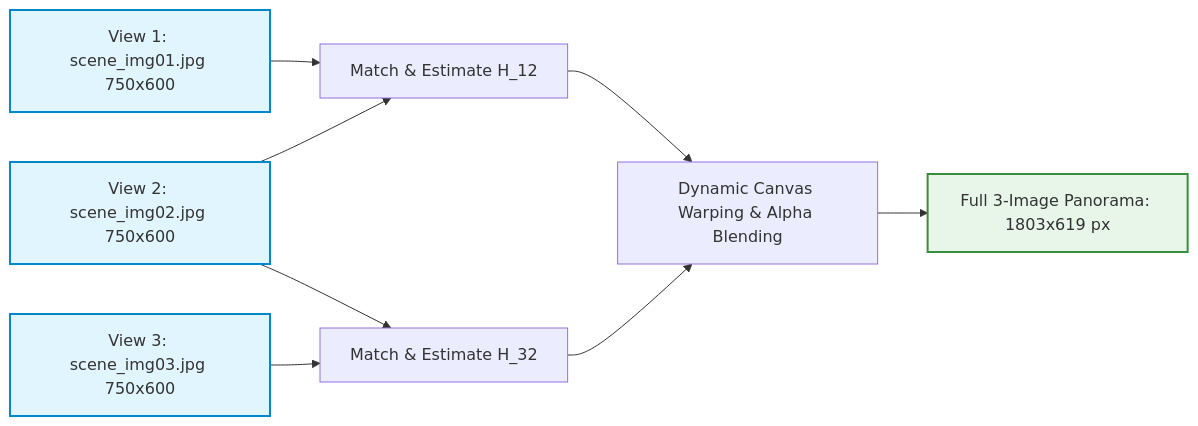
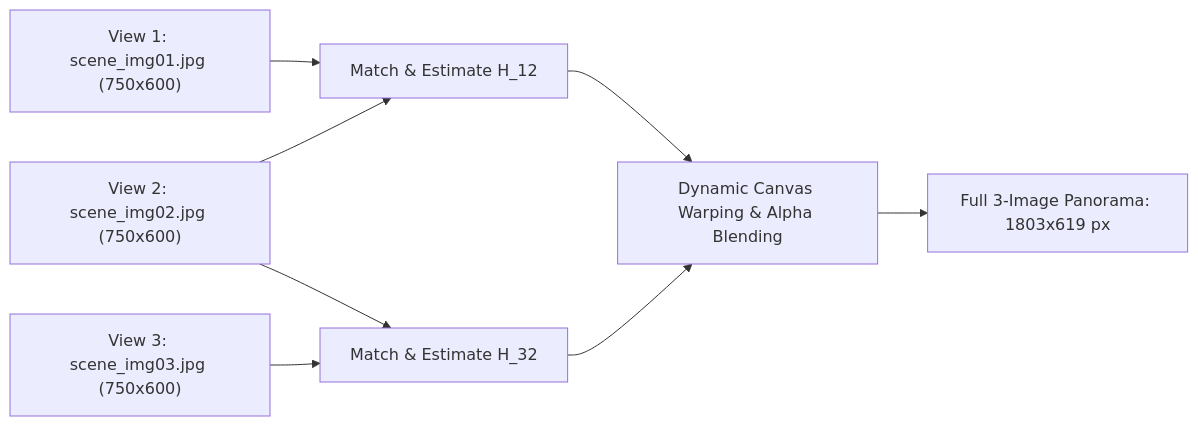
Before and after one commit to mhiskall282/Feature-Based-Image-Matching-and-Automatic-Panorama-Construction-Problem: the fifth of 6 diagrams in report/report.md, drawn with Mermaid. The commit also changed other lines of this file and 12 other files, not shown here.

Commit message:
feat: high-contrast diagrams, polished UI, and cloud deployment configs for Vercel, Render, and Docker

````diff
--- a/report/report.md
+++ b/report/report.md
@@ -167,14 +184,11 @@
 ```mermaid
 graph LR
-    classDef img fill:#E1F5FE,stroke:#0288D1,stroke-width:2px;
-    classDef pano fill:#E8F5E9,stroke:#388E3C,stroke-width:2px;
-
-    I1[View 1: scene_img01.jpg 750x600]:::img --> Match1[Match & Estimate H_12]
-    I2[View 2: scene_img02.jpg 750x600]:::img --> Match1
-    I2 --> Match2[Match & Estimate H_32]
-    I3[View 3: scene_img03.jpg 750x600]:::img --> Match2
+    I1["View 1: scene_img01.jpg (750x600)"] --> Match1["Match & Estimate H_12"]
+    I2["View 2: scene_img02.jpg (750x600)"] --> Match1
+    I2 --> Match2["Match & Estimate H_32"]
+    I3["View 3: scene_img03.jpg (750x600)"] --> Match2
     
-    Match1 --> Stitch[Dynamic Canvas Warping & Alpha Blending]
+    Match1 --> Stitch["Dynamic Canvas Warping & Alpha Blending"]
     Match2 --> Stitch
-    Stitch --> Pano[Full 3-Image Panorama: 1803x619 px]:::pano
+    Stitch --> Pano["Full 3-Image Panorama: 1803x619 px"]
 ```
````
